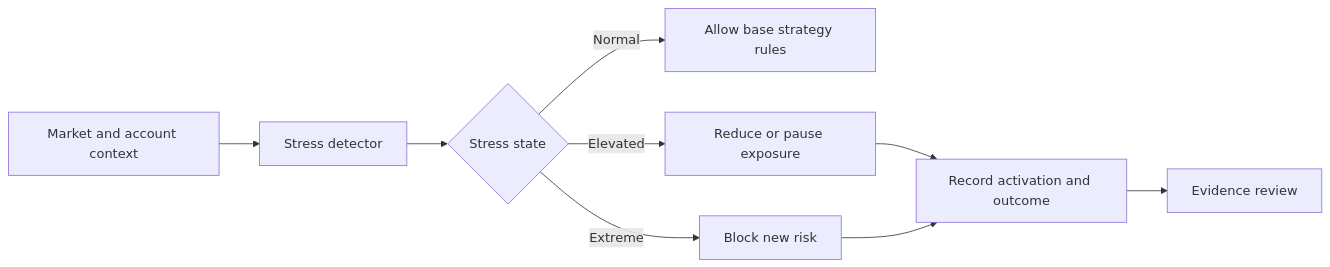
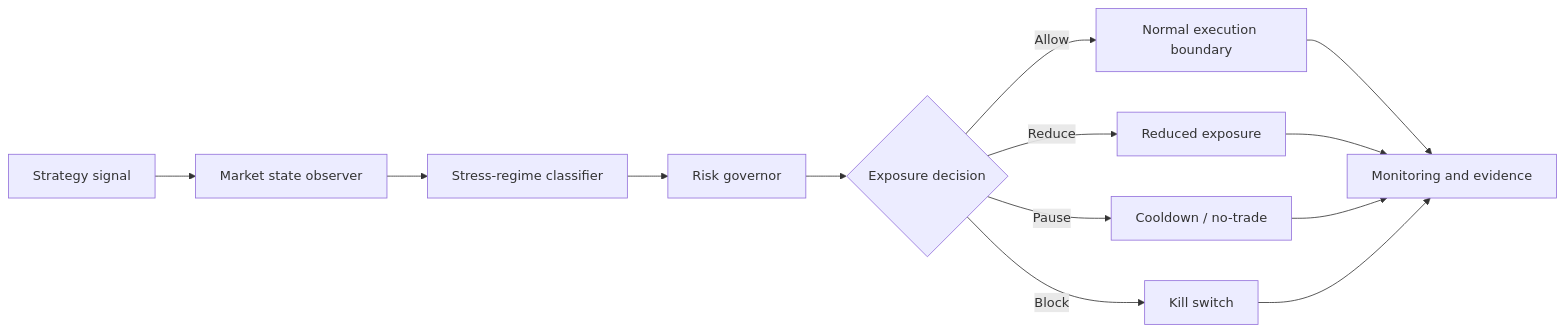
The diagram in README.md (RicardoBarato/xau-stress-shield-mt5), drawn with Mermaid before and after one commit. The commit also changed other lines of this file and 7 other files, not shown here.

````diff
--- a/README.md
+++ b/README.md
@@ -45,11 +58,15 @@
 ```mermaid
 flowchart LR
-    A[Market and account context] --> B[Stress detector]
-    B --> C{Stress state}
-    C -->|Normal| D[Allow base strategy rules]
-    C -->|Elevated| E[Reduce or pause exposure]
-    C -->|Extreme| F[Block new risk]
-    E --> G[Record activation and outcome]
-    F --> G
-    G --> H[Evidence review]
+    A[Strategy signal] --> B[Market state observer]
+    B --> C[Stress-regime classifier]
+    C --> D[Risk governor]
+    D --> E{Exposure decision}
+    E -->|Allow| F[Normal execution boundary]
+    E -->|Reduce| G[Reduced exposure]
+    E -->|Pause| H[Cooldown / no-trade]
+    E -->|Block| I[Kill switch]
+    F --> J[Monitoring and evidence]
+    G --> J
+    H --> J
+    I --> J
 ```
````
